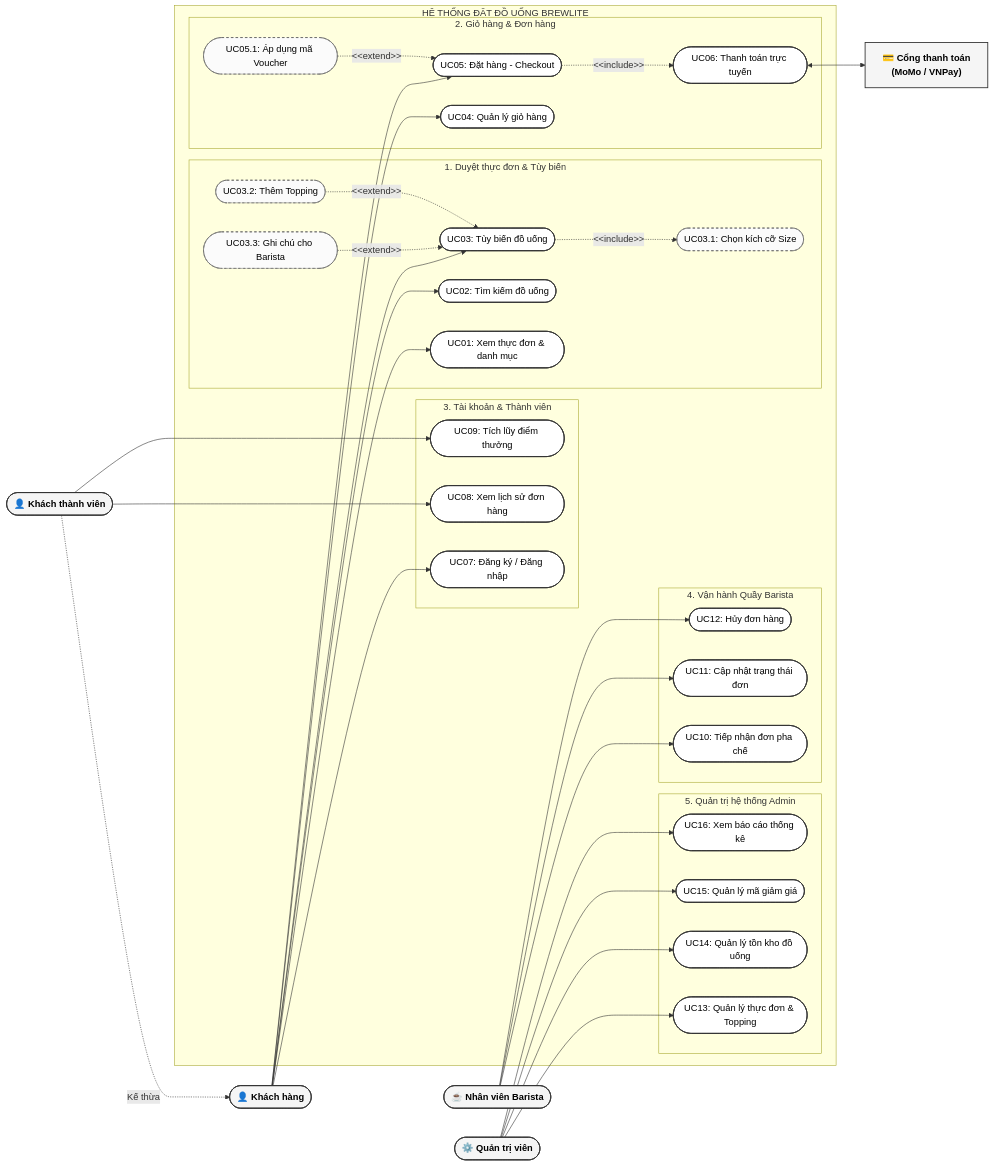
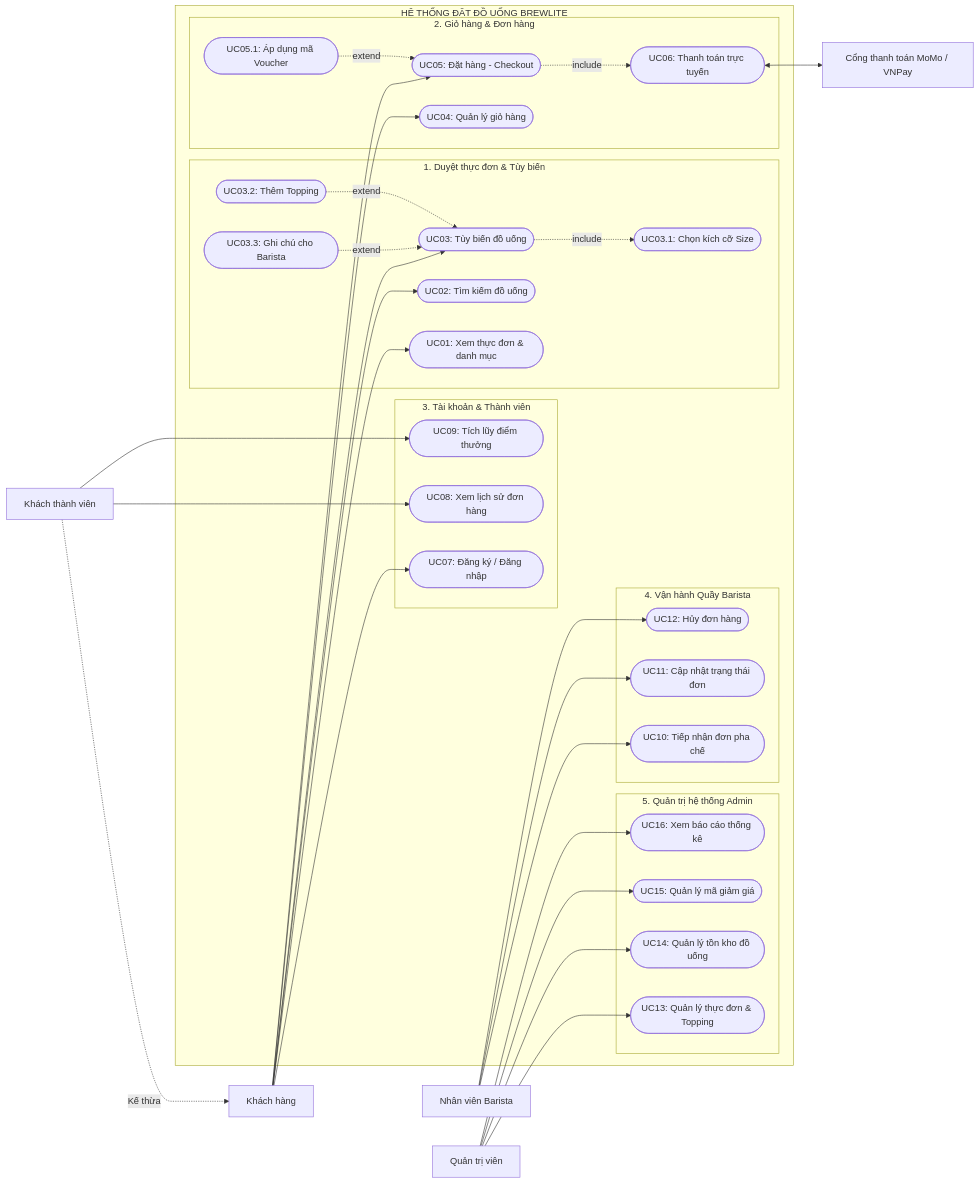
One commit to nphat-code/swe-project changed the diagram in docs/diagrams/use-case/use-case-system.mmd. Above: the diagram before and after it, drawn with Mermaid. The commit also changed 1 other file, not shown here.

Commit message:
docs(diagrams): strip emojis and custom styling from Mermaid use case diagram

```diff
--- a/docs/diagrams/use-case/use-case-system.mmd
+++ b/docs/diagrams/use-case/use-case-system.mmd
@@ -1,77 +1,72 @@
 flowchart LR
-    Customer(["👤 Khách hàng"]):::actorStyle
-    Member(["👤 Khách thành viên"]):::actorStyle
-    Barista(["☕ Nhân viên Barista"]):::actorStyle
-    Admin(["⚙️ Quản trị viên"]):::actorStyle
-    PaymentGW["💳 Cổng thanh toán<br/>(MoMo / VNPay)"]:::systemActorStyle
+    Customer[Khách hàng]
+    Member[Khách thành viên]
+    Barista[Nhân viên Barista]
+    Admin[Quản trị viên]
+    PaymentGW[Cổng thanh toán MoMo / VNPay]
 
     Member -.->|Kế thừa| Customer
 
-    subgraph SystemBoundary ["HỆ THỐNG ĐẶT ĐỒ UỐNG BREWLITE"]
-        subgraph P1 ["1. Duyệt thực đơn & Tùy biến"]
-            UC01(["UC01: Xem thực đơn & danh mục"]):::ucStyle
-            UC02(["UC02: Tìm kiếm đồ uống"]):::ucStyle
-            UC03(["UC03: Tùy biến đồ uống"]):::ucStyle
-            UC03_1(["UC03.1: Chọn kích cỡ Size"]):::subUcStyle
-            UC03_2(["UC03.2: Thêm Topping"]):::subUcStyle
-            UC03_3(["UC03.3: Ghi chú cho Barista"]):::subUcStyle
+    subgraph SystemBoundary [HỆ THỐNG ĐẶT ĐỒ UỐNG BREWLITE]
+        subgraph P1 [1. Duyệt thực đơn & Tùy biến]
+            UC01([UC01: Xem thực đơn & danh mục])
+            UC02([UC02: Tìm kiếm đồ uống])
+            UC03([UC03: Tùy biến đồ uống])
+            UC03_1([UC03.1: Chọn kích cỡ Size])
+            UC03_2([UC03.2: Thêm Topping])
+            UC03_3([UC03.3: Ghi chú cho Barista])
         end
 
-        subgraph P2 ["2. Giỏ hàng & Đơn hàng"]
-            UC04(["UC04: Quản lý giỏ hàng"]):::ucStyle
-            UC05(["UC05: Đặt hàng - Checkout"]):::ucStyle
-            UC05_1(["UC05.1: Áp dụng mã Voucher"]):::subUcStyle
-            UC06(["UC06: Thanh toán trực tuyến"]):::ucStyle
+        subgraph P2 [2. Giỏ hàng & Đơn hàng]
+            UC04([UC04: Quản lý giỏ hàng])
+            UC05([UC05: Đặt hàng - Checkout])
+            UC05_1([UC05.1: Áp dụng mã Voucher])
+            UC06([UC06: Thanh toán trực tuyến])
         end
 
-        subgraph P3 ["3. Tài khoản & Thành viên"]
-            UC07(["UC07: Đăng ký / Đăng nhập"]):::ucStyle
-            UC08(["UC08: Xem lịch sử đơn hàng"]):::ucStyle
-            UC09(["UC09: Tích lũy điểm thưởng"]):::ucStyle
+        subgraph P3 [3. Tài khoản & Thành viên]
+            UC07([UC07: Đăng ký / Đăng nhập])
+            UC08([UC08: Xem lịch sử đơn hàng])
+            UC09([UC09: Tích lũy điểm thưởng])
         end
 
-        subgraph P4 ["4. Vận hành Quầy Barista"]
-            UC10(["UC10: Tiếp nhận đơn pha chế"]):::ucStyle
-            UC11(["UC11: Cập nhật trạng thái đơn"]):::ucStyle
-            UC12(["UC12: Hủy đơn hàng"]):::ucStyle
+        subgraph P4 [4. Vận hành Quầy Barista]
+            UC10([UC10: Tiếp nhận đơn pha chế])
+            UC11([UC11: Cập nhật trạng thái đơn])
+            UC12([UC12: Hủy đơn hàng])
         end
 
-        subgraph P5 ["5. Quản trị hệ thống Admin"]
-            UC13(["UC13: Quản lý thực đơn & Topping"]):::ucStyle
-            UC14(["UC14: Quản lý tồn kho đồ uống"]):::ucStyle
-            UC15(["UC15: Quản lý mã giảm giá"]):::ucStyle
-            UC16(["UC16: Xem báo cáo thống kê"]):::ucStyle
+        subgraph P5 [5. Quản trị hệ thống Admin]
+            UC13([UC13: Quản lý thực đơn & Topping])
+            UC14([UC14: Quản lý tồn kho đồ uống])
+            UC15([UC15: Quản lý mã giảm giá])
+            UC16([UC16: Xem báo cáo thống kê])
         end
     end
 
     Customer --> UC01
     Customer --> UC02
     Customer --> UC03
     Customer --> UC04
     Customer --> UC05
     Customer --> UC07
 
     Member --> UC08
     Member --> UC09
 
-    UC03 -.->|&lt;&lt;include&gt;&gt;| UC03_1
-    UC03_2 -.->|&lt;&lt;extend&gt;&gt;| UC03
-    UC03_3 -.->|&lt;&lt;extend&gt;&gt;| UC03
+    UC03 -.->|include| UC03_1
+    UC03_2 -.->|extend| UC03
+    UC03_3 -.->|extend| UC03
 
-    UC05 -.->|&lt;&lt;include&gt;&gt;| UC06
-    UC05_1 -.->|&lt;&lt;extend&gt;&gt;| UC05
+    UC05 -.->|include| UC06
+    UC05_1 -.->|extend| UC05
     UC06 <--> PaymentGW
 
     Barista --> UC10
     Barista --> UC11
     Barista --> UC12
 
     Admin --> UC13
     Admin --> UC14
     Admin --> UC15
     Admin --> UC16
-
-    classDef actorStyle fill:#f5f5f5,stroke:#333333,stroke-width:1.5px,color:#000000,font-weight:bold;
-    classDef systemActorStyle fill:#f5f5f5,stroke:#333333,stroke-width:1.5px,color:#000000,font-weight:bold;
-    classDef ucStyle fill:#ffffff,stroke:#333333,stroke-width:1.5px,color:#000000;
-    classDef subUcStyle fill:#fbfbfb,stroke:#666666,stroke-width:1px,stroke-dasharray: 4 4,color:#000000;
```
